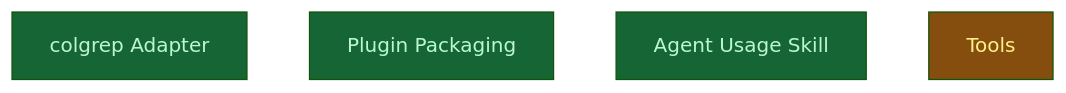
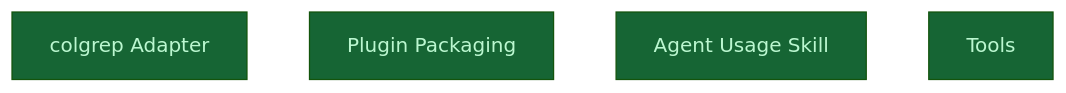
One commit to CrackingShells/colgrep-mcp changed the diagram in __roadmap__/colgrep_mcp/build/README.md. Above: the diagram before and after it, drawn with Mermaid (forest theme). The commit also changed other lines of this file and 5 other files, not shown here.

Commit message:
docs(roadmap): close campaign colgrep_mcp — all nodes done

````diff
--- a/__roadmap__/colgrep_mcp/build/README.md
+++ b/__roadmap__/colgrep_mcp/build/README.md
@@ -19,12 +19,12 @@
 ```mermaid
 graph TD
     colgrep_adapter[colgrep Adapter]:::done
     plugin_packaging[Plugin Packaging]:::done
     agent_skill[Agent Usage Skill]:::done
-    tools[Tools]:::inprogress
+    tools[Tools]:::done
     classDef done       fill:#166534,color:#bbf7d0
     classDef inprogress fill:#854d0e,color:#fef08a
     classDef planned    fill:#374151,color:#e5e7eb
     classDef amendment  fill:#1e3a5f,color:#bfdbfe
     classDef blocked    fill:#7f1d1d,color:#fecaca
 ```
````
